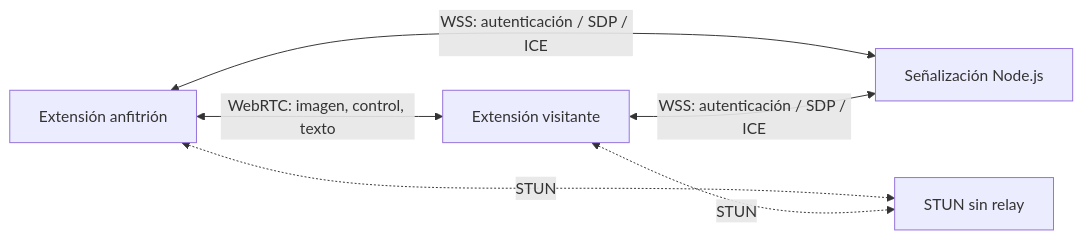
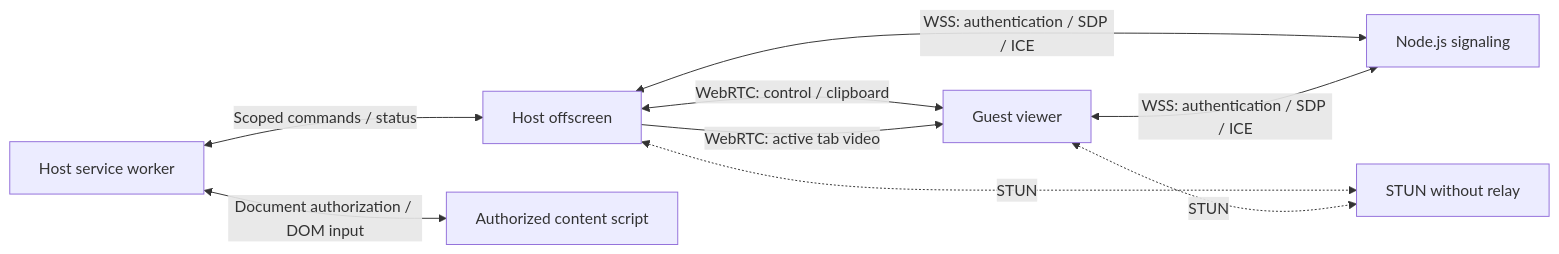
One commit to ThomasSerna/GhostPair changed the diagram in docs/architecture.md. Above: the diagram before and after it, drawn with Mermaid. The commit also changed other lines of this file and 12 other files, not shown here.

````diff
--- a/docs/architecture.md
+++ b/docs/architecture.md
@@ -7,8 +9,11 @@
 ```mermaid
 flowchart LR
-  H[Extensión anfitrión] <-->|WSS: autenticación / SDP / ICE| S[Señalización Node.js]
-  G[Extensión visitante] <-->|WSS: autenticación / SDP / ICE| S
-  H <-.->|STUN| T[STUN sin relay]
+  H[Host offscreen] <-->|WSS: authentication / SDP / ICE| S[Node.js signaling]
+  G[Guest viewer] <-->|WSS: authentication / SDP / ICE| S
+  H <-.->|STUN| T[STUN without relay]
   G <-.->|STUN| T
-  H <-->|WebRTC: imagen, control, texto| G
+  H <-->|WebRTC: control / clipboard| G
+  H -->|WebRTC: active tab video| G
+  W[Host service worker] <-->|Scoped commands / status| H
+  W <-->|Document authorization / DOM input| C[Authorized content script]
 ```
````
